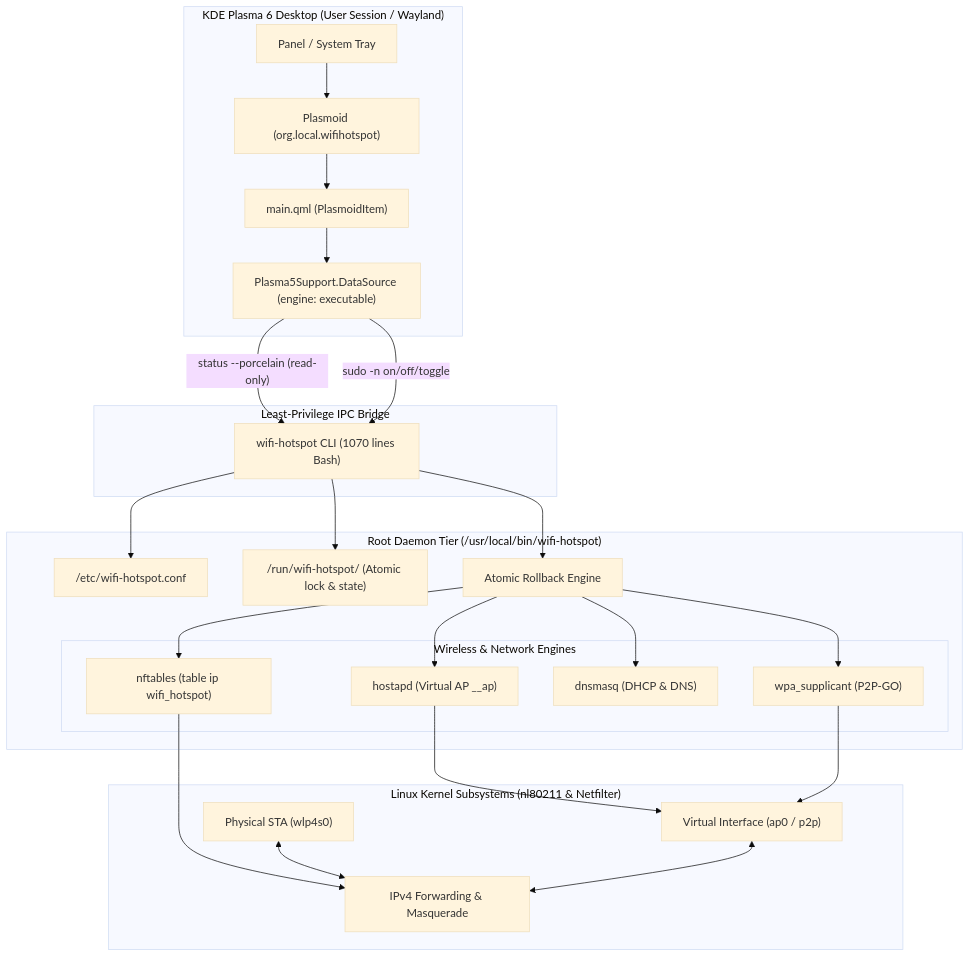
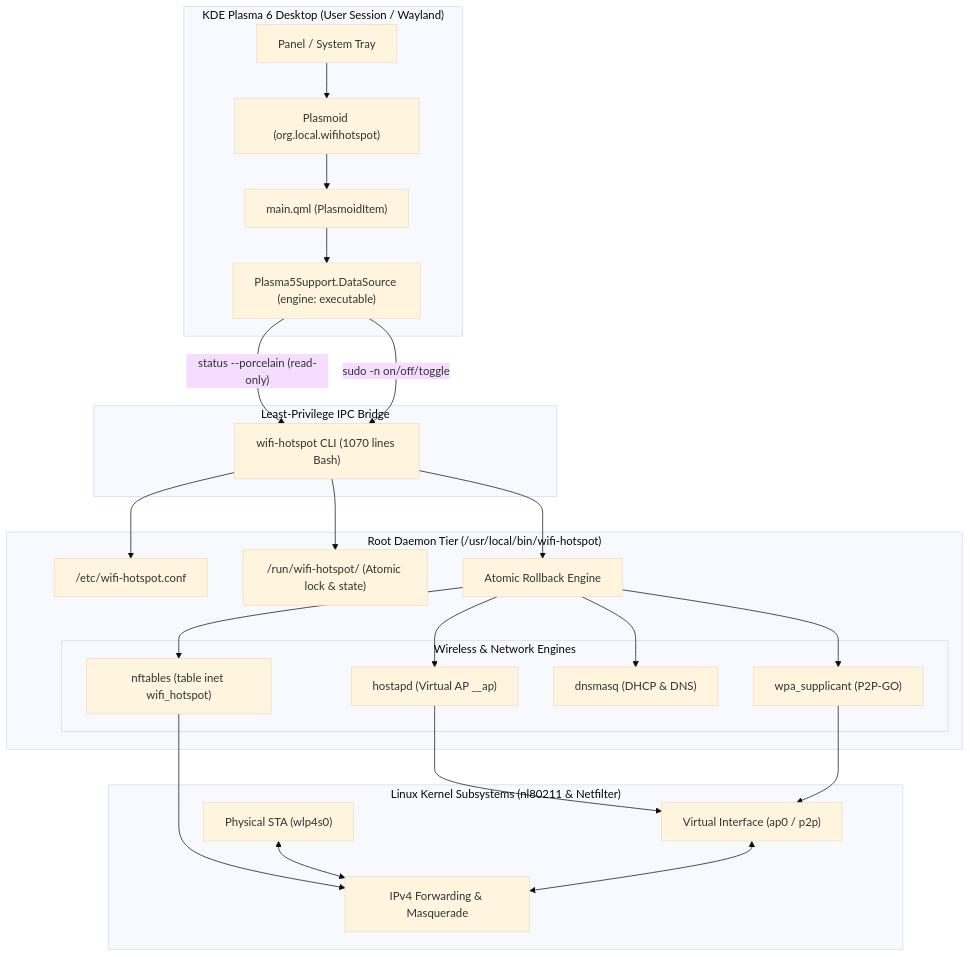
One commit to bowo-ltd/plasma-concurrent-wifi-hotspot changed the diagram in README.md. Above: the diagram before and after it, drawn with Mermaid (base theme). The commit also changed other lines of this file and 5 other files, not shown here.

First line of the commit message:
📝 docs(s2p): align nftables inet schema & Plasma 6 reload workflow

````diff
--- a/README.md
+++ b/README.md
@@ -57,51 +57,51 @@
 ```mermaid
 flowchart TD
     subgraph UI_Tier["KDE Plasma 6 Desktop (User Session / Wayland)"]
         Panel["Panel / System Tray"]
         Plasmoid["Plasmoid (org.local.wifihotspot)"]
         QML["main.qml (PlasmoidItem)"]
         DataEngine["Plasma5Support.DataSource (engine: executable)"]
         
         Panel --> Plasmoid --> QML --> DataEngine
     end
 
     subgraph IPC_Bridge["Least-Privilege IPC Bridge"]
         DataEngine -- "status --porcelain (read-only)" --> CLI
         DataEngine -- "sudo -n on/off/toggle" --> CLI
     end
 
     subgraph System_Tier["Root Daemon Tier (/usr/local/bin/wifi-hotspot)"]
         CLI["wifi-hotspot CLI (1070 lines Bash)"]
         Conf["/etc/wifi-hotspot.conf"]
         State["/run/wifi-hotspot/ (Atomic lock & state)"]
         Rollback["Atomic Rollback Engine"]
         
         CLI --> Conf
         CLI --> State
         CLI --> Rollback
         
         subgraph Subsystems["Wireless & Network Engines"]
             Hostapd["hostapd (Virtual AP __ap)"]
             WpaSupp["wpa_supplicant (P2P-GO)"]
             Dnsmasq["dnsmasq (DHCP & DNS)"]
-            NFT["nftables (table ip wifi_hotspot)"]
+            NFT["nftables (table inet wifi_hotspot)"]
         end
         
         Rollback --> Hostapd
         Rollback --> WpaSupp
         Rollback --> Dnsmasq
         Rollback --> NFT
     end
 
     subgraph Kernel_Tier["Linux Kernel Subsystems (nl80211 & Netfilter)"]
         Upstream["Physical STA (wlp4s0)"]
         Virtual["Virtual Interface (ap0 / p2p)"]
         NAT["IPv4 Forwarding & Masquerade"]
         
         Hostapd --> Virtual
         WpaSupp --> Virtual
         NFT --> NAT
         Upstream <--> NAT
         Virtual <--> NAT
     end
 ```
````
